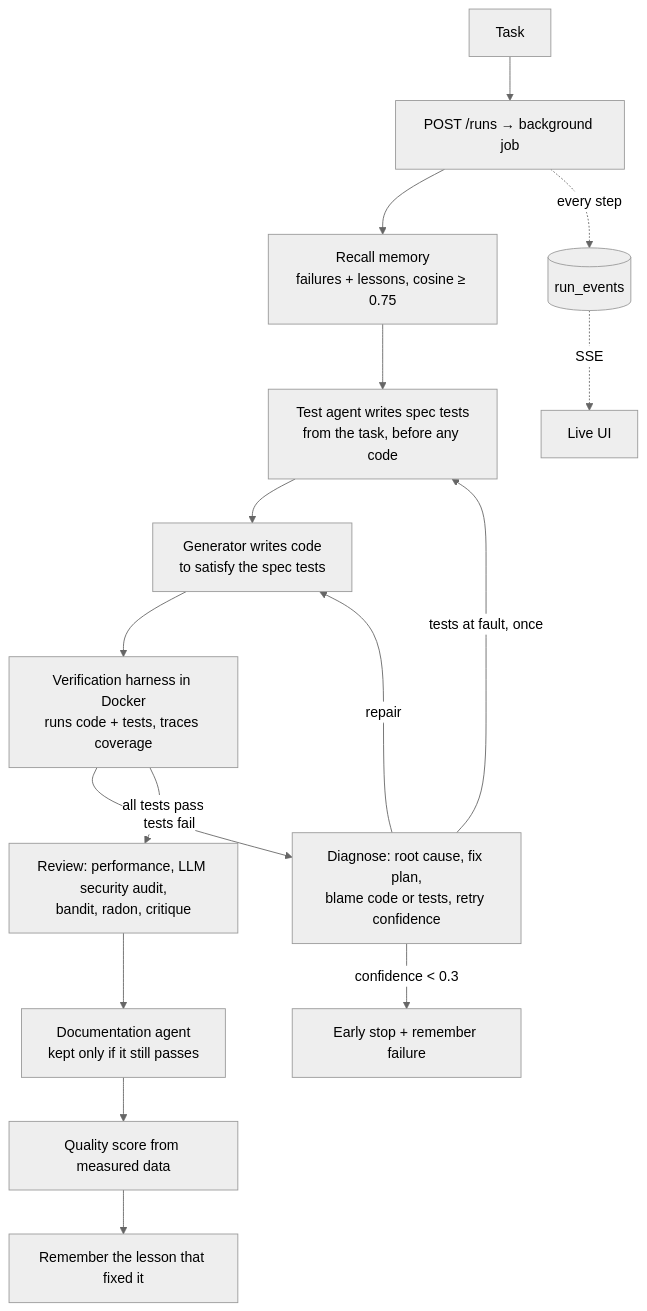
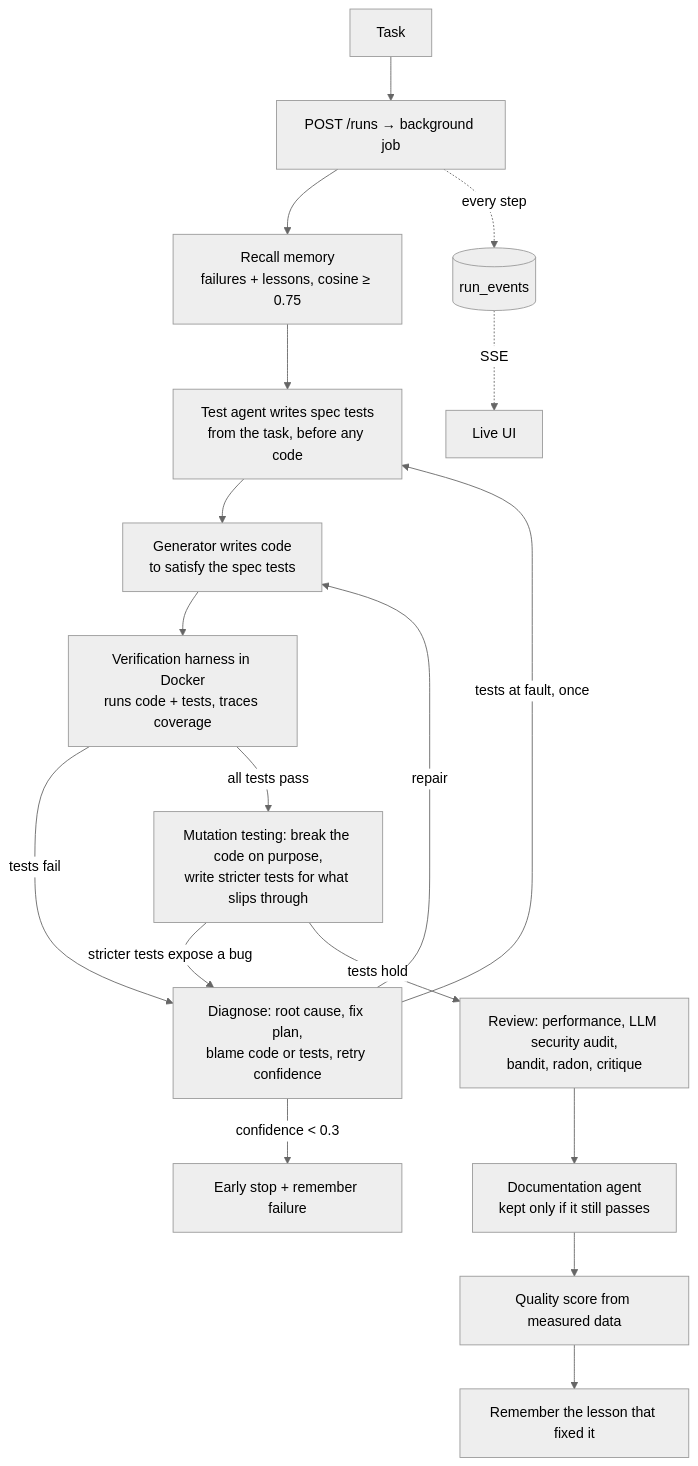
The diagram in README.md (FarhanAaqil/self-improving-agent), drawn with Mermaid (neutral theme) before and after one commit. The commit also changed other lines of this file and 1 other file, not shown here.

First line of the commit message:
README explains who tests the tests and what the new benchmark measures

````diff
--- a/README.md
+++ b/README.md
@@ -111,17 +111,19 @@
 ```mermaid
 graph TD
     A[Task] --> B[POST /runs → background job]
     B --> C[Recall memory<br/>failures + lessons, cosine ≥ 0.75]
     C --> D[Test agent writes spec tests<br/>from the task, before any code]
     D --> E[Generator writes code<br/>to satisfy the spec tests]
     E --> F[Verification harness in Docker<br/>runs code + tests, traces coverage]
     F -->|tests fail| G[Diagnose: root cause, fix plan,<br/>blame code or tests, retry confidence]
     G -->|confidence < 0.3| H[Early stop + remember failure]
     G -->|tests at fault, once| D
     G -->|repair| E
-    F -->|all tests pass| I[Review: performance, LLM security audit,<br/>bandit, radon, critique]
+    F -->|all tests pass| T[Mutation testing: break the code on purpose,<br/>write stricter tests for what slips through]
+    T -->|stricter tests expose a bug| G
+    T -->|tests hold| I[Review: performance, LLM security audit,<br/>bandit, radon, critique]
     I --> J[Documentation agent<br/>kept only if it still passes]
     J --> K[Quality score from measured data]
     K --> L[Remember the lesson that fixed it]
     B -.every step.-> M[(run_events)] -.SSE.-> N[Live UI]
 ```
````
